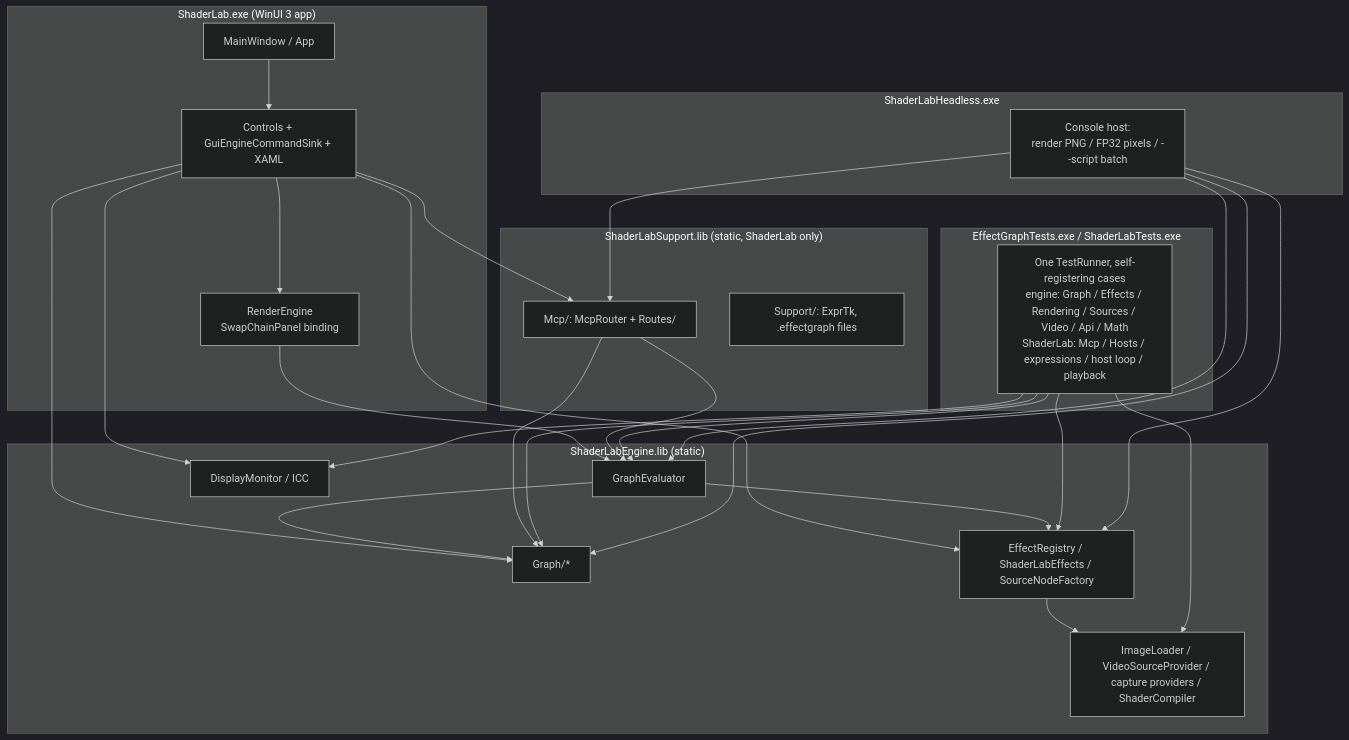
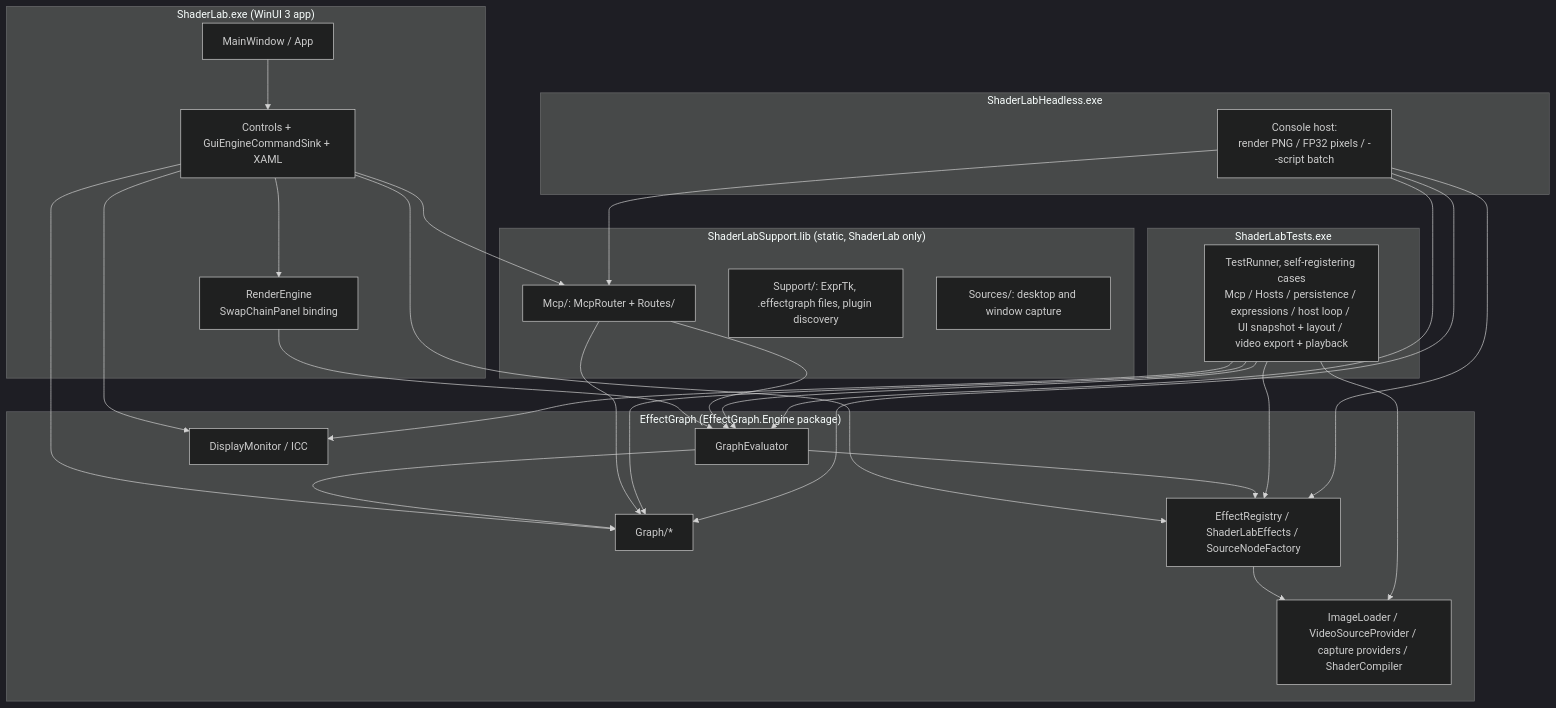
One commit to Spruill-1/ShaderLab changed the diagram in docs/architecture/overview.md. Above: the diagram before and after it, drawn with Mermaid (dark theme). The commit also changed other lines of this file and 290 other files, not shown here.

````diff
--- a/docs/architecture/overview.md
+++ b/docs/architecture/overview.md
@@ -3,51 +5,52 @@
 ```mermaid
 graph TB
     subgraph App["ShaderLab.exe (WinUI 3 app)"]
         MW[MainWindow / App]
         UI[Controls + GuiEngineCommandSink + XAML]
         RE[RenderEngine<br/>SwapChainPanel binding]
     end
 
-    subgraph Engine["ShaderLabEngine.lib (static)"]
+    subgraph Engine["EffectGraph (EffectGraph.Engine package)"]
         EG[Graph/*]
         EV[GraphEvaluator]
         FX[EffectRegistry / ShaderLabEffects / SourceNodeFactory]
         IO[ImageLoader / VideoSourceProvider / capture providers / ShaderCompiler]
         MON[DisplayMonitor / ICC]
     end
 
     subgraph Support["ShaderLabSupport.lib (static, ShaderLab only)"]
         MCP[Mcp/: McpRouter + Routes/]
-        SUP[Support/: ExprTk, .effectgraph files]
+        SUP[Support/: ExprTk, .effectgraph files, plugin discovery]
+        SRC[Sources/: desktop and window capture]
     end
 
-    subgraph Tests["EffectGraphTests.exe / ShaderLabTests.exe"]
-        TR[One TestRunner, self-registering cases<br/>engine: Graph / Effects / Rendering / Sources / Video / Api / Math<br/>ShaderLab: Mcp / Hosts / expressions / host loop / playback]
+    subgraph Tests["ShaderLabTests.exe"]
+        TR[TestRunner, self-registering cases<br/>Mcp / Hosts / persistence / expressions / host loop / UI snapshot + layout / video export + playback]
     end
 
     subgraph Headless["ShaderLabHeadless.exe"]
         HC[Console host:<br/>render PNG / FP32 pixels / --script batch]
     end
 
     MW --> UI
     UI --> RE
     UI --> MCP
     RE --> EV
     UI --> EG
     UI --> FX
     UI --> MON
     EV --> EG
     EV --> FX
     FX --> IO
     MCP --> EG
     MCP --> EV
     TR --> EG
     TR --> EV
     TR --> FX
     TR --> IO
     TR --> MON
     HC --> EG
     HC --> EV
     HC --> FX
     HC --> MCP
 ```
````
